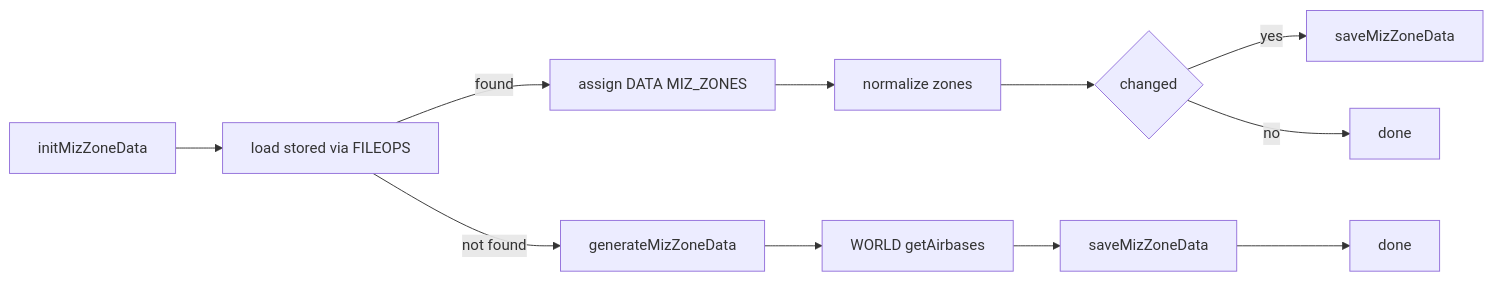
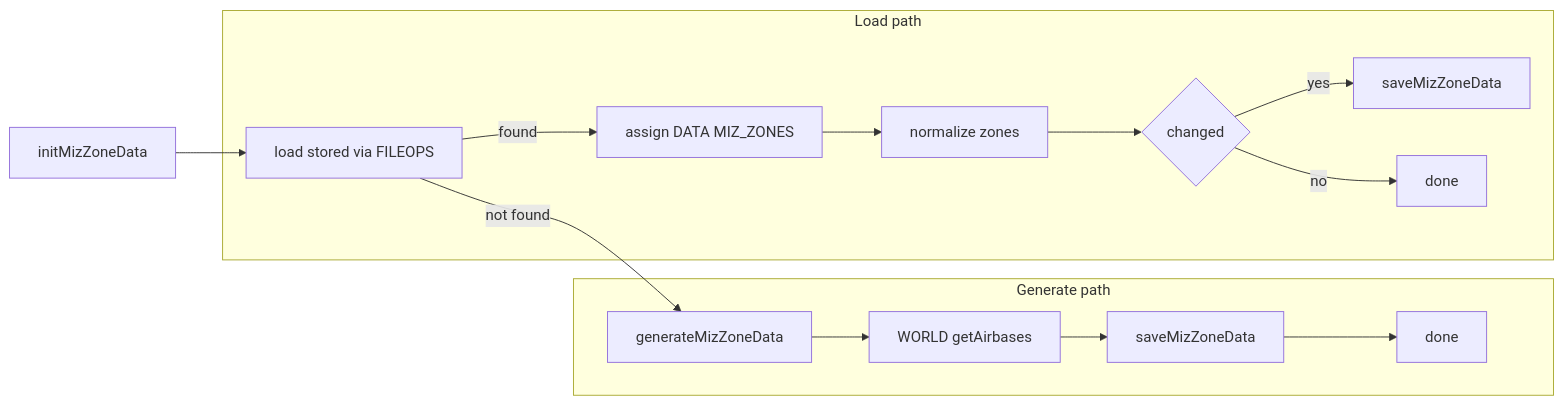
Before and after one commit to Gh0st352/AETHR: the first of 7 diagrams in docs/zone_manager/zone_data.md, drawn with Mermaid. The commit also changed other lines of this file and 6 other files, not shown here.

Commit message:
docs(zone_manager, mermaid): normalize headings, restructure Mermaid diagrams, and add shared theme & class annotations

````diff
--- a/docs/zone_manager/zone_data.md
+++ b/docs/zone_manager/zone_data.md
@@ -26,13 +26,22 @@
 ```mermaid
+%% shared theme: docs/_mermaid/theme.json %%
 flowchart LR
   A[initMizZoneData] --> B[load stored via FILEOPS]
-  B -->|found| C[assign DATA MIZ_ZONES]
-  C --> D[normalize zones]
-  D --> E{changed}
-  E -->|yes| F[saveMizZoneData]
-  E -->|no| G[done]
-  B -->|not found| H[generateMizZoneData]
-  H --> I[WORLD getAirbases]
-  I --> J[saveMizZoneData]
-  J --> K[done]
+  subgraph "Load path"
+    B -->|found| C[assign DATA MIZ_ZONES]
+    C --> D[normalize zones]
+    D --> E{changed}
+    E -->|yes| F[saveMizZoneData]
+    E -->|no| G[done]
+  end
+  subgraph "Generate path"
+    B -->|not found| H[generateMizZoneData]
+    H --> I[WORLD getAirbases]
+    I --> J[saveMizZoneData]
+    J --> K[done]
+  end
+  class A,B,C,D,F,H,I,J class_step;
+  class E class_decision;
+  class G,K class_result;
+  class I class_io;
 ```
````
